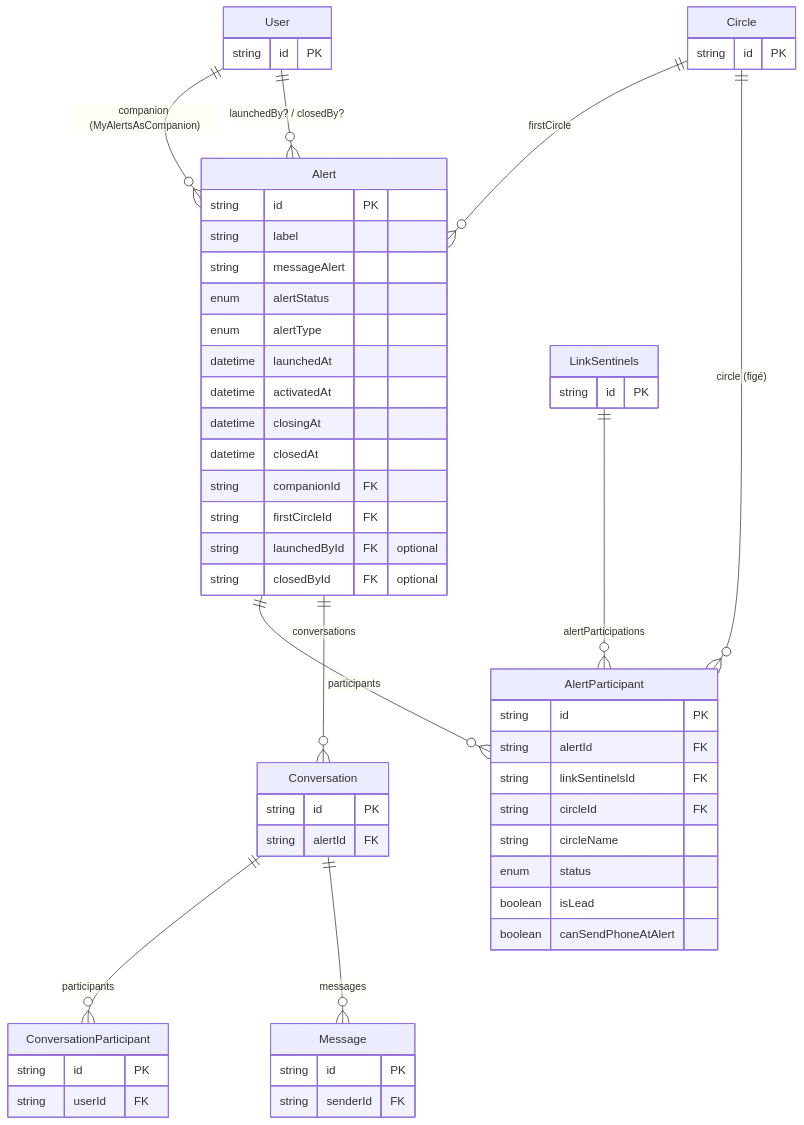
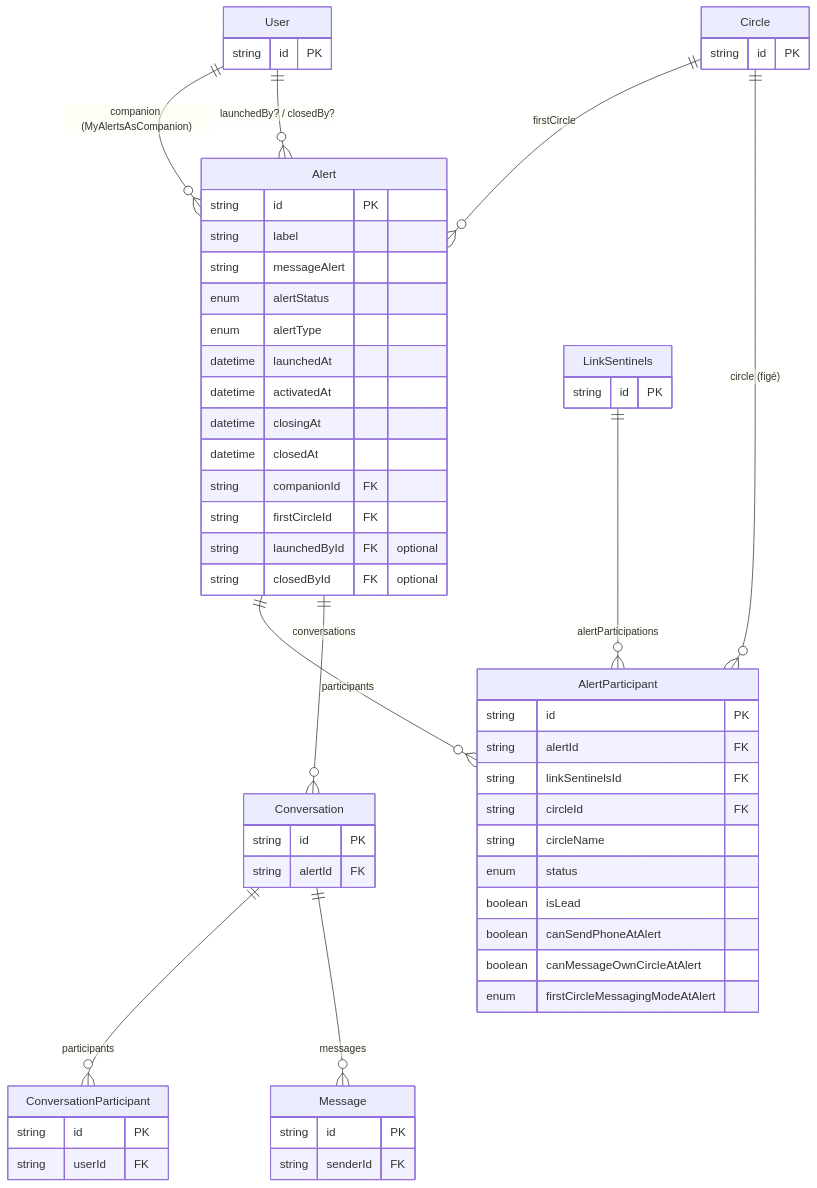
The fifth of 5 diagrams in backend/prisma/DB_schema.md (Sylvfo/MySentinelCircle), drawn with Mermaid before and after one commit. The commit also changed other lines of this file and 7 other files, not shown here.

First line of the commit message:
Add per-membership messaging settings and fix circle-move hardening gap

````diff
--- a/backend/prisma/DB_schema.md
+++ b/backend/prisma/DB_schema.md
@@ -298,59 +305,61 @@
 ```mermaid
 erDiagram
   User               ||--o{ Alert              : "companion (MyAlertsAsCompanion)"
   User               ||--o{ Alert              : "launchedBy? / closedBy?"
   Circle             ||--o{ Alert              : "firstCircle"
   Circle             ||--o{ AlertParticipant   : "circle (figé)"
   Alert              ||--o{ AlertParticipant   : "participants"
   Alert              ||--o{ Conversation       : "conversations"
   LinkSentinels      ||--o{ AlertParticipant   : "alertParticipations"
   Conversation        ||--o{ ConversationParticipant : "participants"
   Conversation        ||--o{ Message           : "messages"
 
   User {
     string id PK
   }
   Circle {
     string id PK
   }
   Alert {
     string id PK
     string label
     string messageAlert
     enum   alertStatus
     enum   alertType
     datetime launchedAt
     datetime activatedAt
     datetime closingAt
     datetime closedAt
     string companionId FK
     string firstCircleId FK
     string launchedById FK "optional"
     string closedById FK "optional"
   }
   LinkSentinels {
     string id PK
   }
   AlertParticipant {
     string id PK
     string alertId FK
     string linkSentinelsId FK
     string circleId FK
     string circleName
     enum   status
     boolean isLead
     boolean canSendPhoneAtAlert
+    boolean canMessageOwnCircleAtAlert
+    enum   firstCircleMessagingModeAtAlert
   }
   Conversation {
     string id PK
     string alertId FK
   }
   ConversationParticipant {
     string id PK
     string userId FK
   }
   Message {
     string id PK
     string senderId FK
   }
 ```
````
